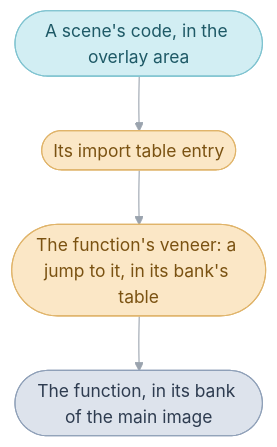
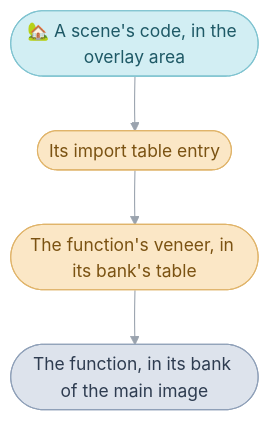
The fourth of 5 diagrams in games/tbs/system.md (PascalPixel/alchemy), drawn with Mermaid before and after one commit. The commit also changed other lines of this file, not shown here.

````diff
--- a/games/tbs/system.md
+++ b/games/tbs/system.md
@@ -179,13 +393,13 @@
 ```mermaid
 %%{init: {"theme": "base", "themeVariables": {"lineColor": "#9AA3AE", "edgeLabelBackground": "#FFFFFF"}, "flowchart": {"curve": "basis", "padding": 12}}}%%
 flowchart TD
-  scene(["A scene's code, in the overlay area"]) --> import(["Its import table entry"])
-  import --> veneer(["The function's veneer: a jump to it, in its bank's table"])
+  scene(["🏡 A scene's code, in the overlay area"]) --> import(["Its import table entry"])
+  import --> veneer(["The function's veneer, in its bank's table"])
   veneer --> function(["The function, in its bank of the main image"])
   classDef overlay fill:#D2EEF3,stroke:#7FC3D0,color:#1E5966
   classDef table fill:#FBE7C6,stroke:#E0B46A,color:#7A5212
   classDef image fill:#DDE3EC,stroke:#8FA0B8,color:#2E3C50
   class scene overlay
   class import,veneer table
   class function image
 ```
````
